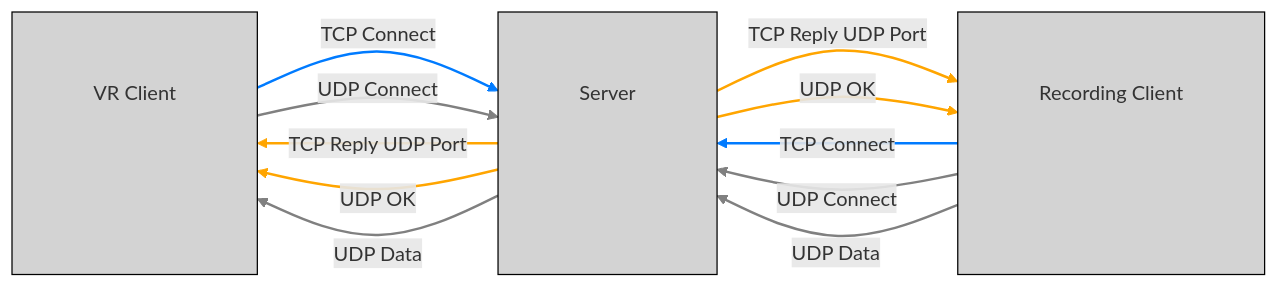
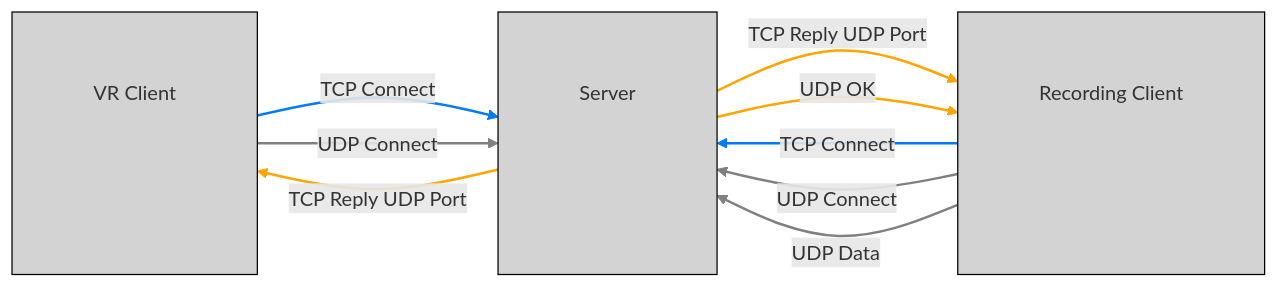
The diagram in README.md (B16boi/HoloPiano---VR-Piano-Instructor), drawn with Mermaid before and after one commit.

````diff
--- a/README.md
+++ b/README.md
@@ -9,51 +9,48 @@
 ```mermaid
 flowchart LR
     subgraph RecClient[ ]
     direction TB
     A["Recording Client"]
     end
 
     subgraph ServerBox[ ]
     direction TB
     B["Server"]
     end
 
     subgraph VRClient[ ]
     direction TB
     C["VR Client"]
     end
 
     RecClient -->|"TCP Connect"| ServerBox
     linkStyle 0 stroke:#007BFF,stroke-width:2px,yOffset:-70
     ServerBox -->|"TCP Reply UDP Port"| RecClient
     linkStyle 1 stroke:#FFA500,stroke-width:2px,yOffset-35
     RecClient -->|"UDP Connect"| ServerBox
     linkStyle 2 stroke:grey,stroke-width:2px
     ServerBox -->|"UDP OK"| RecClient
     linkStyle 3 stroke:#FFA500,stroke-width:2px,yOffset:35
     RecClient -->|"UDP Data"| ServerBox
     linkStyle 4 stroke:grey,stroke-width:2px,yOffset:70
 
     VRClient -->|"TCP Connect"| ServerBox
     linkStyle 5 stroke:#007BFF,stroke-width:2px,yOffset:-70
     ServerBox -->|"TCP Reply UDP Port"| VRClient
     linkStyle 6 stroke:#FFA500,stroke-width:2px,yOffset:-35
     VRClient -->|"UDP Connect"| ServerBox
     linkStyle 7 stroke:grey,stroke-width:2px,yOffset:0
-    ServerBox -->|"UDP OK"| VRClient
-    linkStyle 8 stroke:#FFA500,stroke-width:2px,yOffset:35
-    ServerBox -->|"UDP Data"| VRClient
-    linkStyle 9 stroke:grey,stroke-width:2px,yOffset:70
+    
 
     A:::centered
     B:::centered
     C:::centered
 
     style RecClient fill:#D3D3D3,stroke:#000,stroke-width:1px,height:210px
     style ServerBox fill:#D3D3D3,stroke:#000,stroke-width:1px,height:210px
     style VRClient fill:#D3D3D3,stroke:#000,stroke-width:1px,height:210px
 
     classDef centered fill:none,stroke:none,yOffset:105
     classDef no-style fill:none,stroke:none
     class A,B,C no-style
 ```
````
